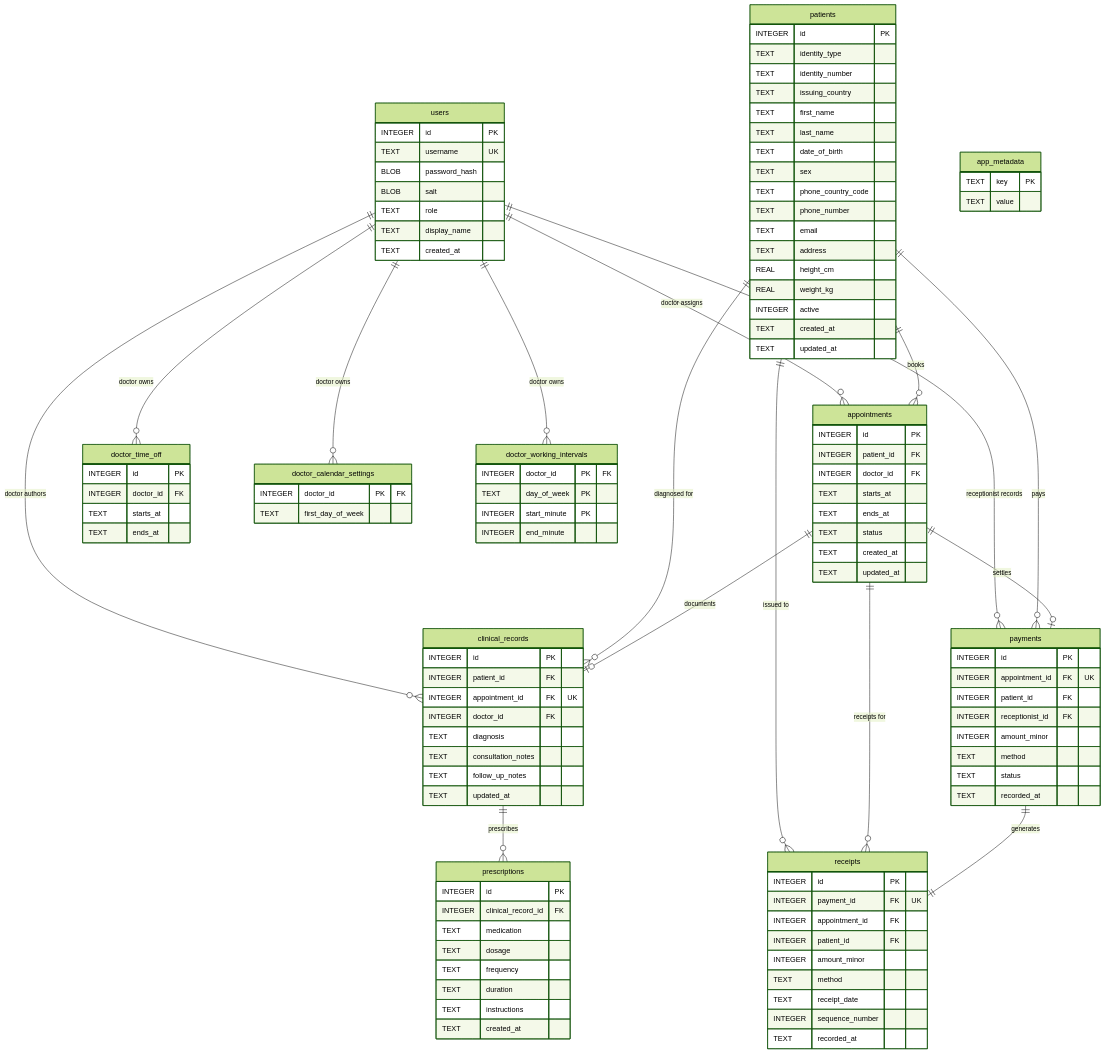
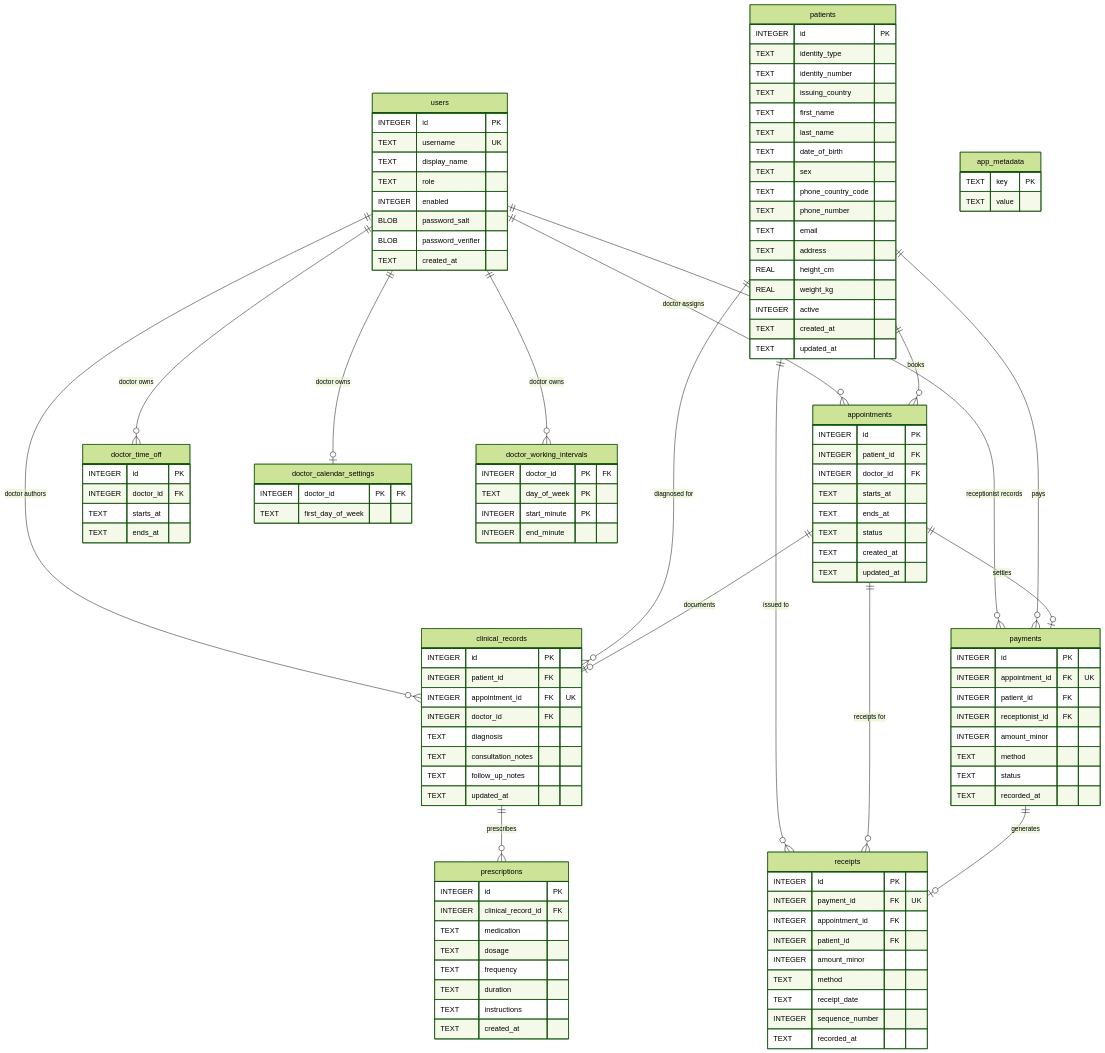
Before and after one commit to CS3227-2610-MP2-NUSynapxe/CS3227-2610-MP2: the eighth of 13 diagrams in docs/ArchitectureAndDesign.md, drawn with Mermaid (forest theme). The commit also changed other lines of this file and 1 other file, not shown here.

Commit message:
docs: align ER diagram entities, users table attributes, and migration ledger with v7 schema

```diff
--- a/docs/ArchitectureAndDesign.md
+++ b/docs/ArchitectureAndDesign.md
@@ -276,7 +276,7 @@
 erDiagram
     users ||--o{ appointments : "doctor assigns"
     users ||--o{ doctor_time_off : "doctor owns"
-    users ||--o{ doctor_calendar_settings : "doctor owns"
+    users ||--o| doctor_calendar_settings : "doctor owns"
     users ||--o{ doctor_working_intervals : "doctor owns"
     users ||--o{ clinical_records : "doctor authors"
     users ||--o{ payments : "receptionist records"
@@ -292,15 +292,16 @@
 
     clinical_records ||--o{ prescriptions : "prescribes"
 
-    payments ||--|| receipts : "generates"
+    payments ||--o| receipts : "generates"
 
     users {
         INTEGER id PK
         TEXT username UK
-        BLOB password_hash
-        BLOB salt
+        TEXT display_name
         TEXT role
-        TEXT display_name
+        INTEGER enabled
+        BLOB password_salt
+        BLOB password_verifier
         TEXT created_at
     }
 
```
